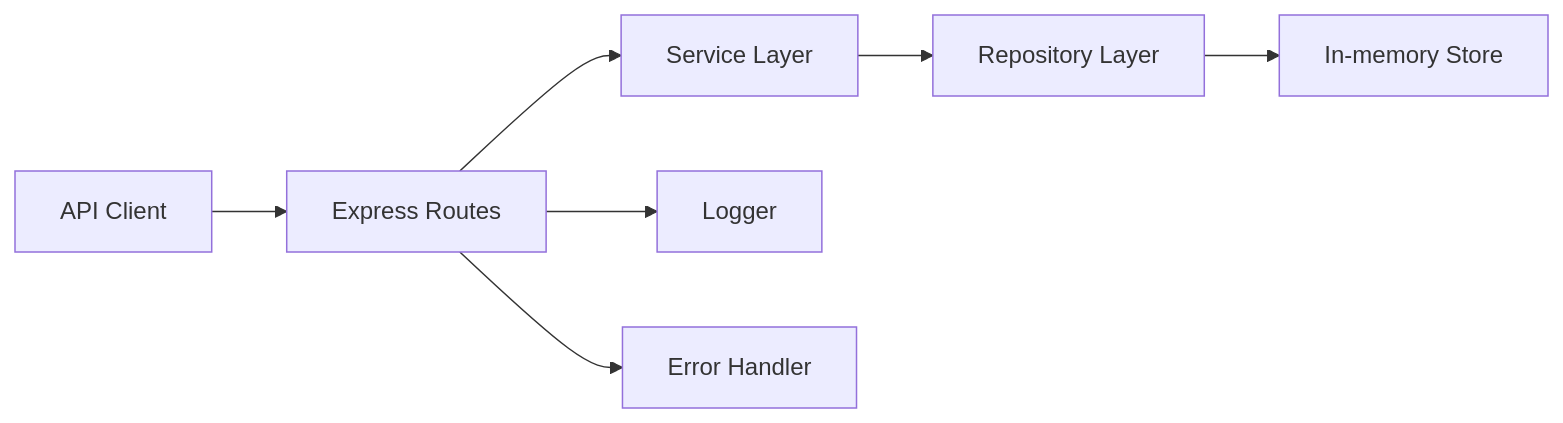
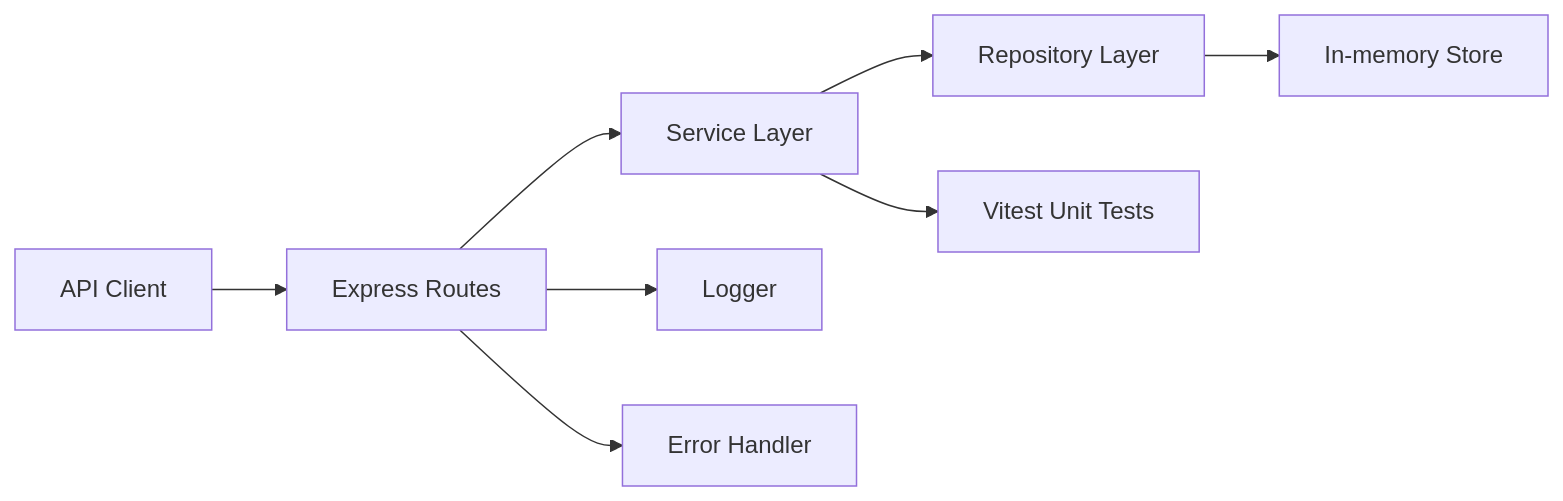
The diagram in .agents/ADD.md (amdelcar/astro-bookings-demo), drawn with Mermaid before and after one commit. The commit also changed other lines of this file and 11 other files, not shown here.

First line of the commit message:
chore: add vitest unit testing

````diff
--- a/.agents/ADD.md
+++ b/.agents/ADD.md
@@ -36,9 +37,10 @@
 ```mermaid
 flowchart LR
   Client[API Client] --> API[Express Routes]
   API --> Service[Service Layer]
   Service --> Repo[Repository Layer]
   Repo --> Store[In-memory Store]
+  Service --> UnitTests[Vitest Unit Tests]
   API --> Logger[Logger]
   API --> Error[Error Handler]
 ```
````
